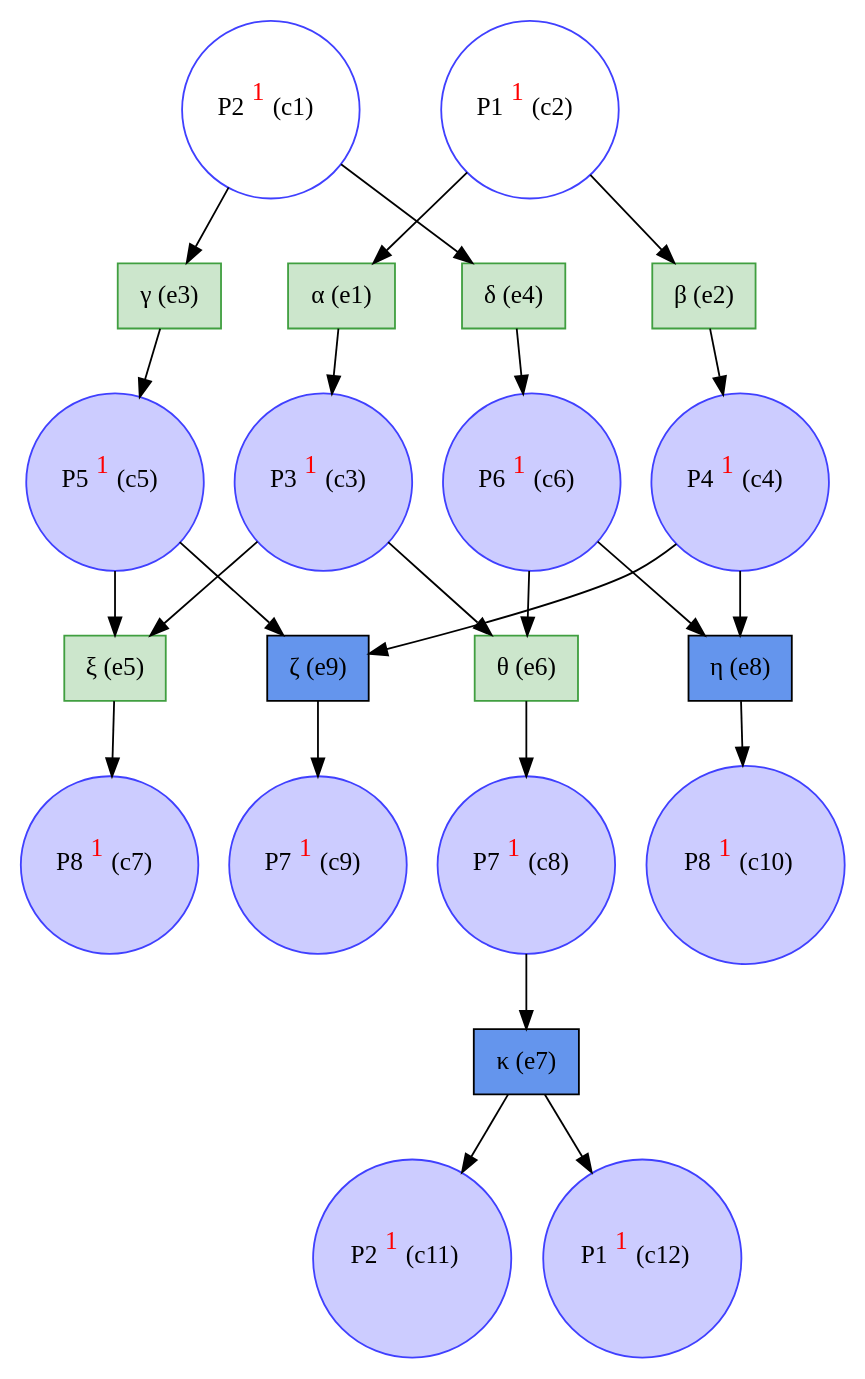
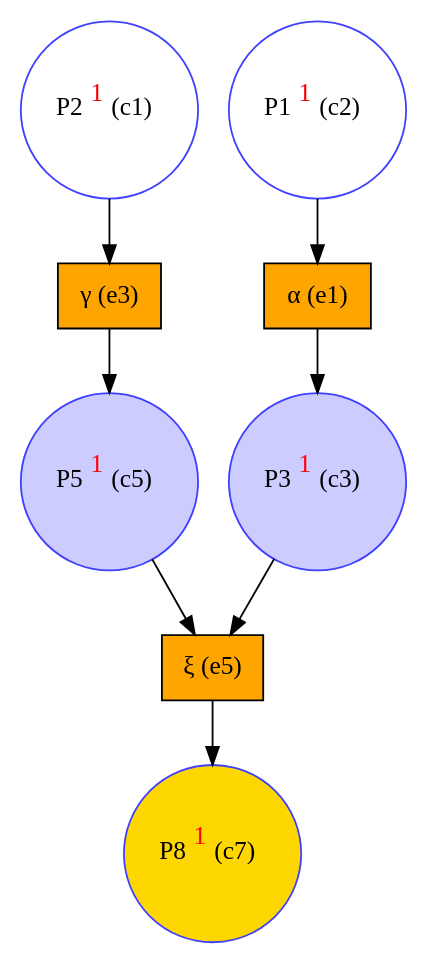
The diagram in examples/comb_tipping_point/comb_tipping_point_unf.dot (giannkas/ecofolder), drawn with Graphviz before and after one commit. The commit also changed 26 other files, not shown here.

```diff
--- a/examples/comb_tipping_point/comb_tipping_point_unf.dot
+++ b/examples/comb_tipping_point/comb_tipping_point_unf.dot
@@ -1,46 +1,17 @@
 digraph test {
-  c1 -> e4;
   c1 -> e3;
-  c2 -> e2;
   c2 -> e1;
   e1 -> c3;
-  c3 -> e6;
   c3 -> e5;
-  e2 -> c4;
-  c4 -> e8;
-  c4 -> e9;
   e3 -> c5;
-  c5 -> e9;
   c5 -> e5;
-  e4 -> c6;
-  c6 -> e8;
-  c6 -> e6;
   e5 -> c7;
-  e6 -> c8;
-  c8 -> e7;
-  e9 -> c9;
-  e8 -> c10;
-  e7 -> c11;
-  e7 -> c12;
   c1 [color="#4040ff" fillcolor="transparent" label= <P2<FONT COLOR="red"><SUP>1</SUP></FONT>&nbsp;(c1)> shape=circle style=filled];
   c2 [color="#4040ff" fillcolor="transparent" label= <P1<FONT COLOR="red"><SUP>1</SUP></FONT>&nbsp;(c2)> shape=circle style=filled];
   c3 [color="#4040ff" fillcolor="#ccccff" label= <P3<FONT COLOR="red"><SUP>1</SUP></FONT>&nbsp;(c3)> shape=circle style=filled];
-  c4 [color="#4040ff" fillcolor="#ccccff" label= <P4<FONT COLOR="red"><SUP>1</SUP></FONT>&nbsp;(c4)> shape=circle style=filled];
   c5 [color="#4040ff" fillcolor="#ccccff" label= <P5<FONT COLOR="red"><SUP>1</SUP></FONT>&nbsp;(c5)> shape=circle style=filled];
-  c6 [color="#4040ff" fillcolor="#ccccff" label= <P6<FONT COLOR="red"><SUP>1</SUP></FONT>&nbsp;(c6)> shape=circle style=filled];
-  c7 [color="#4040ff" fillcolor="#ccccff" label= <P8<FONT COLOR="red"><SUP>1</SUP></FONT>&nbsp;(c7)> shape=circle style=filled];
-  c8 [color="#4040ff" fillcolor="#ccccff" label= <P7<FONT COLOR="red"><SUP>1</SUP></FONT>&nbsp;(c8)> shape=circle style=filled];
-  c9 [color="#4040ff" fillcolor="#ccccff" label= <P7<FONT COLOR="red"><SUP>1</SUP></FONT>&nbsp;(c9)> shape=circle style=filled];
-  c10 [color="#4040ff" fillcolor="#ccccff" label= <P8<FONT COLOR="red"><SUP>1</SUP></FONT>&nbsp;(c10)> shape=circle style=filled];
-  c11 [color="#4040ff" fillcolor="#ccccff" label= <P2<FONT COLOR="red"><SUP>1</SUP></FONT>&nbsp;(c11)> shape=circle style=filled];
-  c12 [color="#4040ff" fillcolor="#ccccff" label= <P1<FONT COLOR="red"><SUP>1</SUP></FONT>&nbsp;(c12)> shape=circle style=filled];
-  e1 [color="#409f40" fillcolor="#cce6cc" label="α (e1)" shape=box style=filled];
-  e2 [color="#409f40" fillcolor="#cce6cc" label="β (e2)" shape=box style=filled];
-  e3 [color="#409f40" fillcolor="#cce6cc" label="γ (e3)" shape=box style=filled];
-  e4 [color="#409f40" fillcolor="#cce6cc" label="δ (e4)" shape=box style=filled];
-  e5 [color="#409f40" fillcolor="#cce6cc" label="ξ (e5)" shape=box style=filled];
-  e6 [color="#409f40" fillcolor="#cce6cc" label="θ (e6)" shape=box style=filled];
-  e7 [color=black fillcolor=cornflowerblue label="κ (e7)" shape=box style=filled];
-  e8 [color=black fillcolor=cornflowerblue label="η (e8)" shape=box style=filled];
-  e9 [color=black fillcolor=cornflowerblue label="ζ (e9)" shape=box style=filled];
+  c7 [color="#4040ff" fillcolor="gold" label= <P8<FONT COLOR="red"><SUP>1</SUP></FONT>&nbsp;(c7)> shape=circle style=filled];
+  e1 [color="black" fillcolor="orange" label="α (e1)" shape=box style=filled];
+  e3 [color="black" fillcolor="orange" label="γ (e3)" shape=box style=filled];
+  e5 [color="black" fillcolor="orange" label="ξ (e5)" shape=box style=filled];
 }
```
